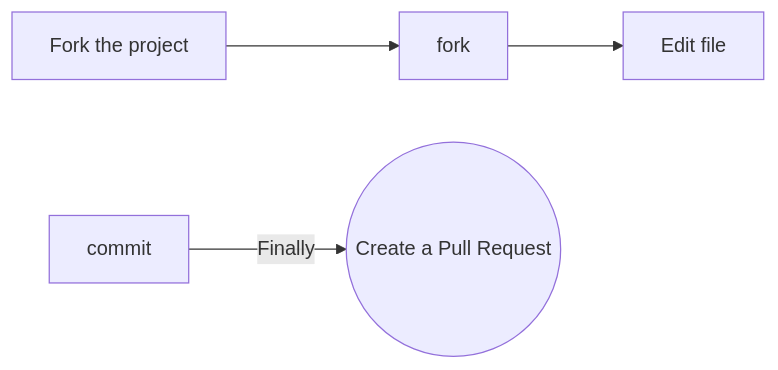
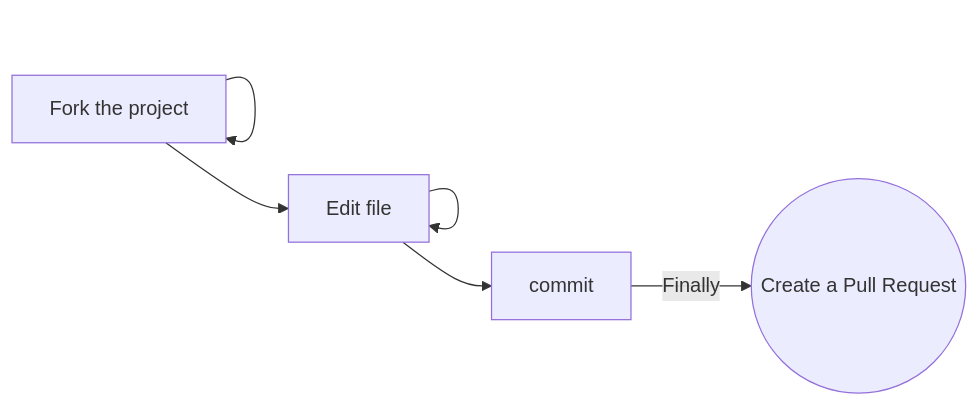
Before and after one commit to ArmanKumar21/python-cpp-html-programs-projects: the diagram in README.md, drawn with Mermaid.

````diff
--- a/README.md
+++ b/README.md
@@ -25,7 +25,7 @@
 ```mermaid
 flowchart LR
     Fork[Fork the project]-->
-    fork-->Edit[Edit file]
+    Fork-->Edit[Edit file]-->Edit-->
     commit -->|Finally|creatpr((Create a Pull Request))
     
  ```
````
